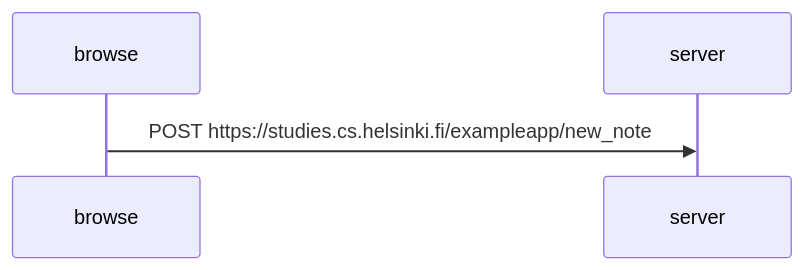
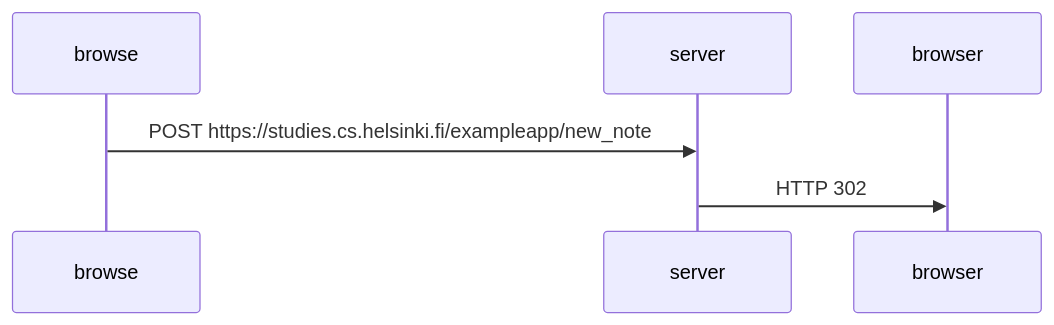
The diagram in README.md (gastonracing98/part0), drawn with Mermaid before and after one commit.

````diff
--- a/README.md
+++ b/README.md
@@ -3,5 +3,5 @@
 ```mermaid
 sequenceDiagram
 browse->>server: POST https://studies.cs.helsinki.fi/exampleapp/new_note
-
+server->>browser: HTTP 302
 ```
````
